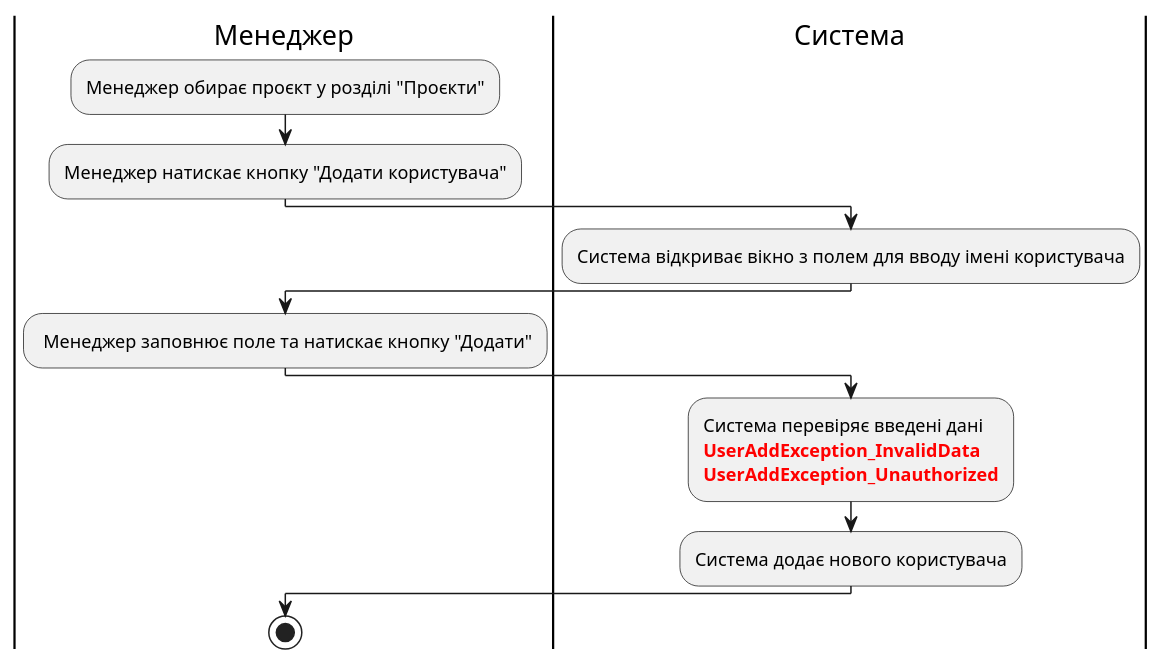
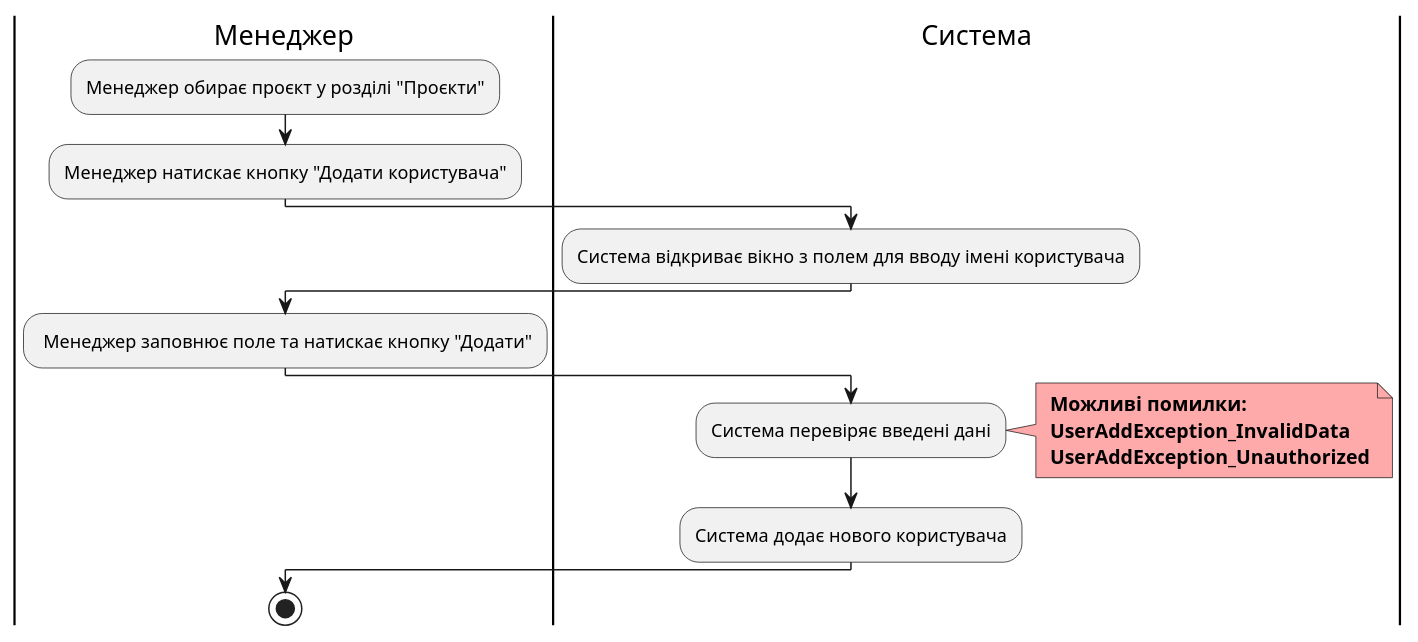
Diagram 11 of 21 in docs/use cases/README.md (vlad13242/TaskForge), drawn with PlantUML before and after one commit. The commit also changed other lines of this file and 1 other file, not shown here.

Commit message:
shenge all diagram errors

```diff
--- a/docs/use cases/README.md
+++ b/docs/use cases/README.md
@@ -561,18 +580,21 @@
 @startuml
 
     |Менеджер|
     :Менеджер обирає проєкт у розділі "Проєкти";
     :Менеджер натискає кнопку "Додати користувача";
     |Система|
     :Система відкриває вікно з полем для вводу імені користувача;
     |Менеджер|
     : Менеджер заповнює поле та натискає кнопку "Додати";
     |Система|
-    :Система перевіряє введені дані
-    <font color="red"><b>UserAddException_InvalidData
-    <font color="red"><b>UserAddException_Unauthorized;
+    :Система перевіряє введені дані;
+    note right #ffaaaa
+    <b> Можливі помилки:
+    <b> UserAddException_InvalidData
+    <b> UserAddException_Unauthorized
+    end note
     :Система додає нового користувача;
     |Менеджер|
     stop;
 
 @enduml
```
